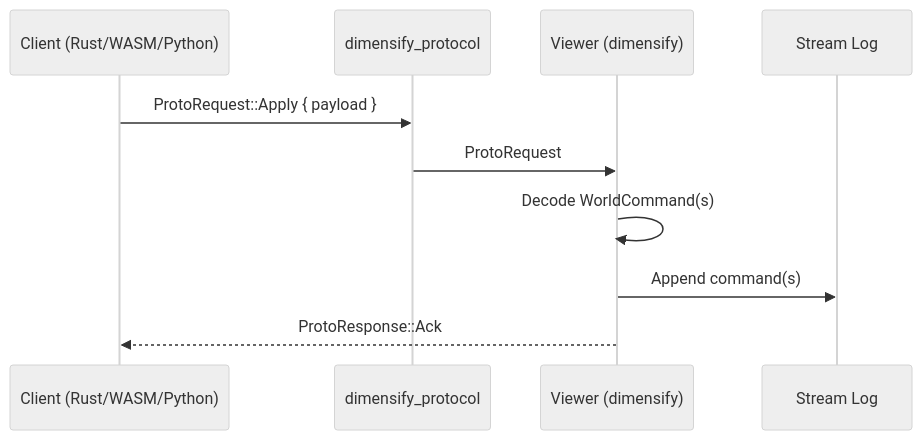
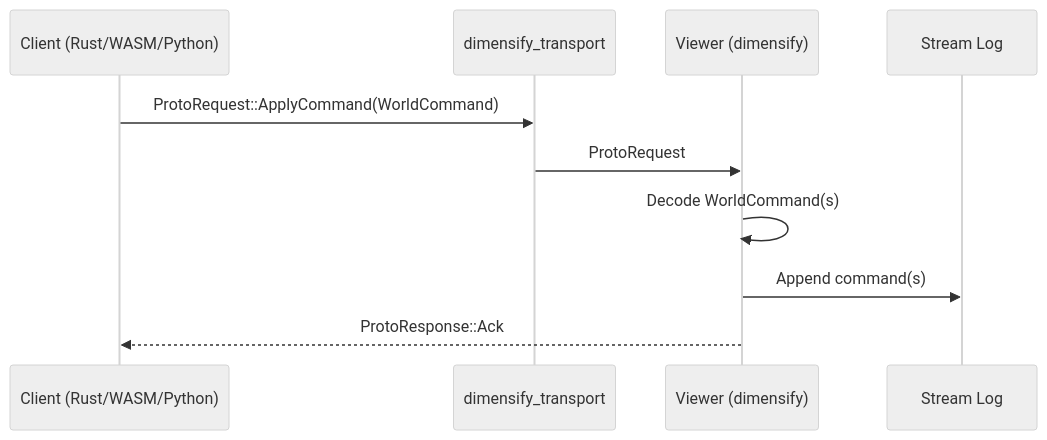
The diagram in docs/overview.md (soraxas/dimensify), drawn with Mermaid (neutral theme) before and after one commit. The commit also changed other lines of this file and 18 other files, not shown here.

````diff
--- a/docs/overview.md
+++ b/docs/overview.md
@@ -54,13 +62,13 @@
 ```mermaid
 sequenceDiagram
     participant Client as Client (Rust/WASM/Python)
-    participant Transport as dimensify_protocol
+    participant Transport as dimensify_transport
     participant Viewer as Viewer (dimensify)
     participant Stream as Stream Log
 
-    Client->>Transport: ProtoRequest::Apply { payload }
+    Client->>Transport: ProtoRequest::ApplyCommand(WorldCommand)
     Transport->>Viewer: ProtoRequest
     Viewer->>Viewer: Decode WorldCommand(s)
     Viewer->>Stream: Append command(s)
     Viewer-->>Client: ProtoResponse::Ack
 ```
````
